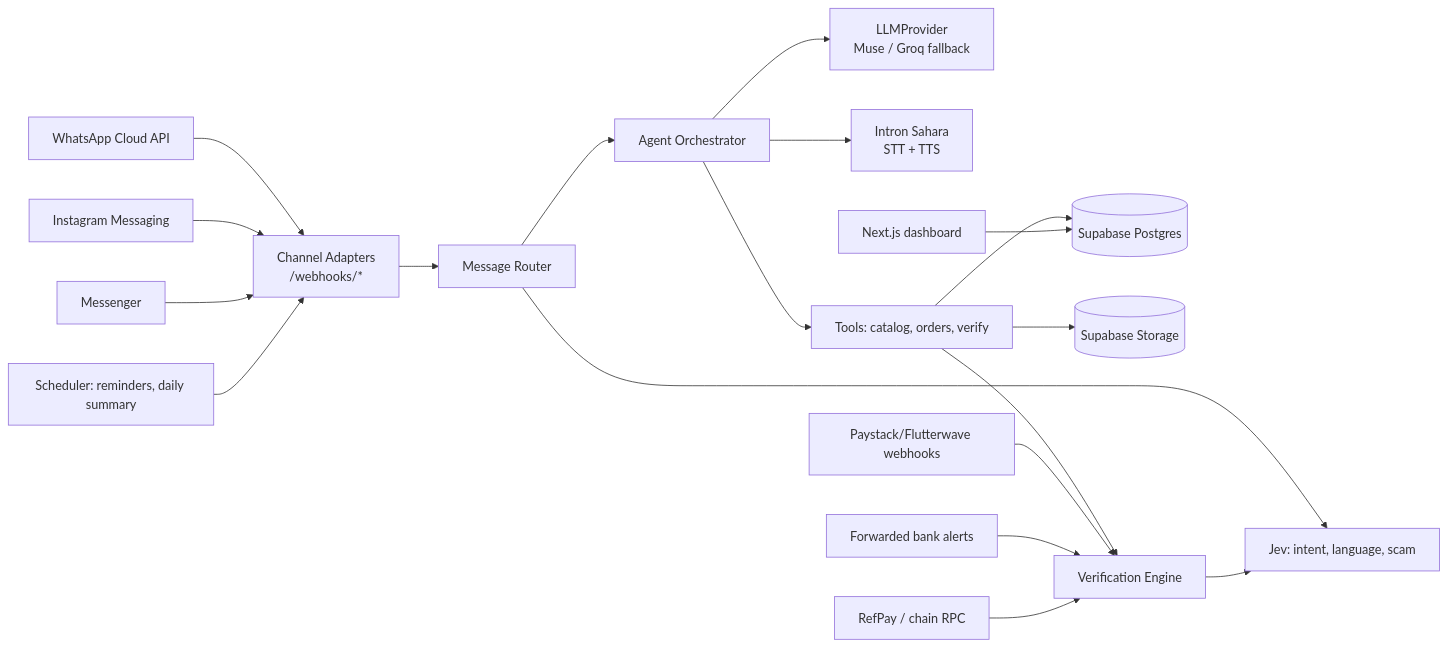
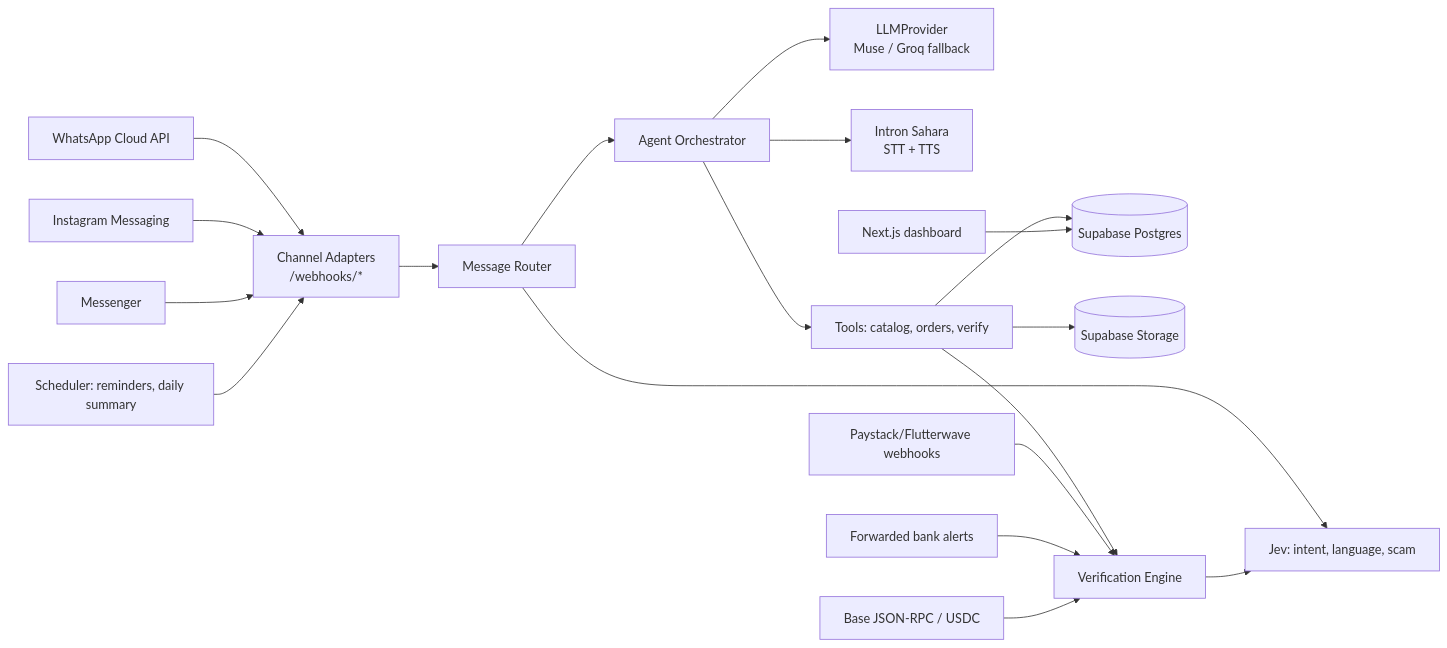
One commit to drizzy765/sell-safe changed the first of 3 diagrams in docs/architecture.md. Above: the diagram before and after it, drawn with Mermaid. The commit also changed other lines of this file and 47 other files, not shown here.

First line of the commit message:
feat(crypto): verify Base USDC payments directly on-chain

````diff
--- a/docs/architecture.md
+++ b/docs/architecture.md
@@ -4,21 +4,21 @@
 ```mermaid
 flowchart LR
   WA[WhatsApp Cloud API] --> GW
   IG[Instagram Messaging] --> GW
   FB[Messenger] --> GW
   GW[Channel Adapters<br/>/webhooks/*] --> Q[Message Router]
   Q --> JEV[Jev: intent, language, scam]
   Q --> AG[Agent Orchestrator]
   AG --> LLM[LLMProvider<br/>Muse / Groq fallback]
   AG --> SP[Intron Sahara<br/>STT + TTS]
   AG --> TOOLS[Tools: catalog, orders, verify]
   TOOLS --> DB[(Supabase Postgres)]
   TOOLS --> ST[(Supabase Storage)]
   TOOLS --> VER[Verification Engine]
   PS[Paystack/Flutterwave webhooks] --> VER
   ALERT[Forwarded bank alerts] --> VER
-  CH[RefPay / chain RPC] --> VER
+  CH[Base JSON-RPC / USDC] --> VER
   VER --> JEV
   SCH[Scheduler: reminders, daily summary] --> GW
   DASH[Next.js dashboard] --> DB
 ```
````
